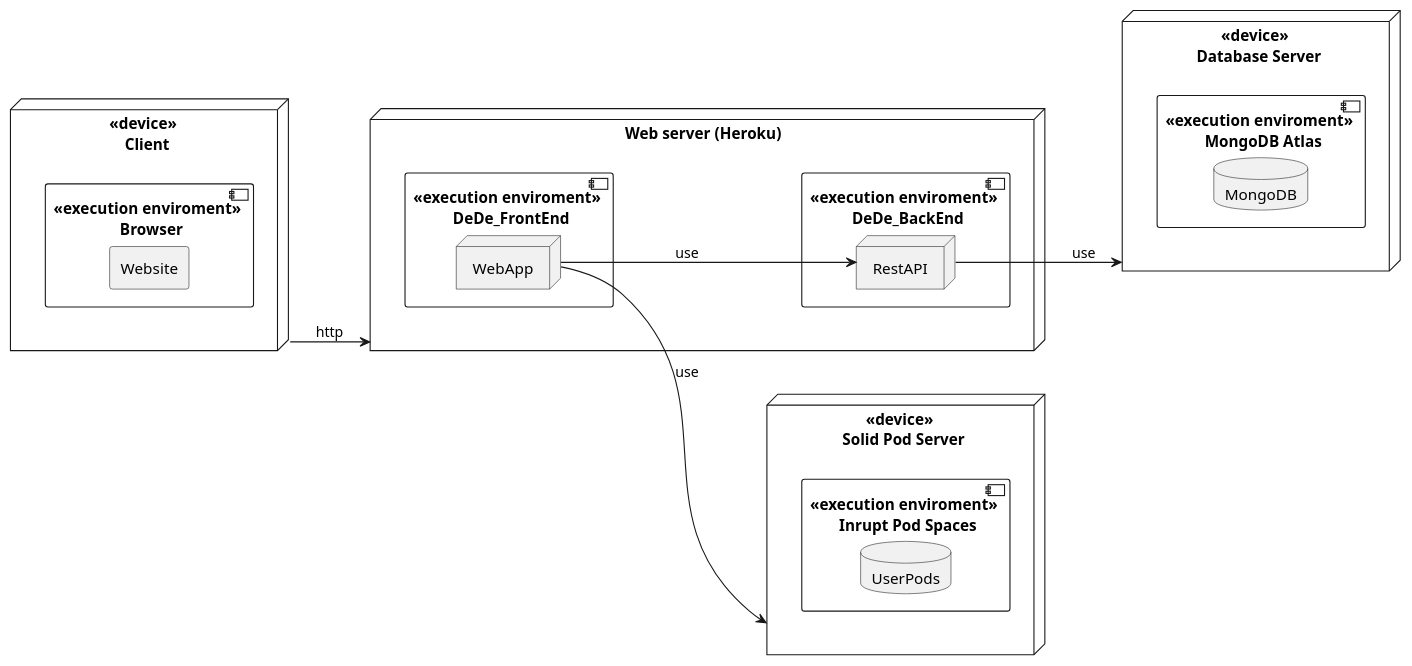
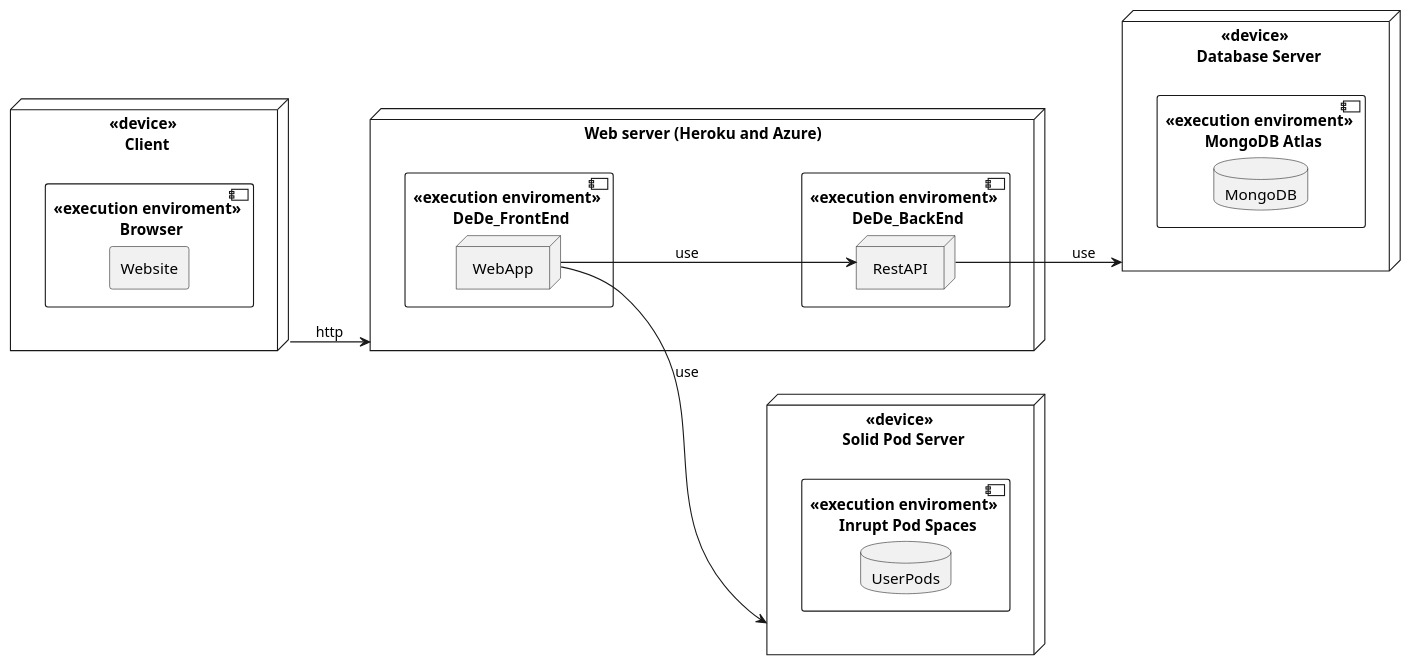
The diagram in docs/07_deployment_view.adoc (Arquisoft/dede_es5a), drawn with PlantUML before and after one commit. The commit also changed other lines of this file and 5 other files, not shown here.

```diff
--- a/docs/07_deployment_view.adoc
+++ b/docs/07_deployment_view.adoc
@@ -39,39 +39,39 @@
 [plantuml,"Deployment_view_diagram", png]
 ----
 @startuml
 
 left to right direction
 
 node "<<device>> \n Client" as client{
 component "<<execution enviroment>> \n Browser"{
 rectangle Website
 }
 }
 
-node "Web server (Heroku)" as webserver{
+node "Web server (Heroku and Azure)" as webserver{
 component "<<execution enviroment>> \n DeDe_FrontEnd"{
 node WebApp
 }
 component "<<execution enviroment>> \n DeDe_BackEnd"{
 node RestAPI
 }
 }
 
 node "<<device>> \n Database Server" as db{
 component "<<execution enviroment>> \n MongoDB Atlas"{
 database MongoDB
 }
 }
 
 node "<<device>> \n Solid Pod Server" as solid{
 component "<<execution enviroment>> \n Inrupt Pod Spaces"{
 database UserPods
 }
 }
 
 client --> webserver : http
 WebApp --> RestAPI : use
 RestAPI --> db : use
 WebApp --> solid : use
 @enduml
 ----
```
